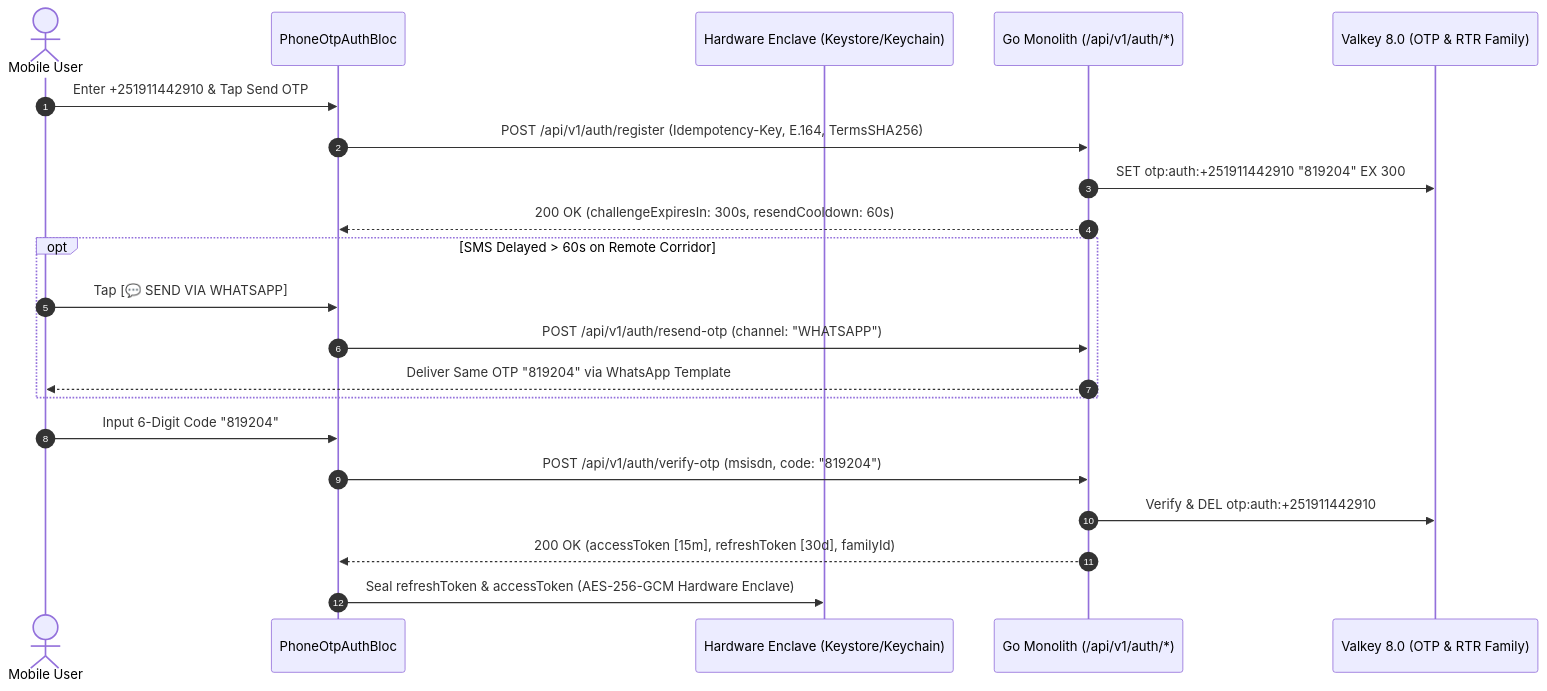
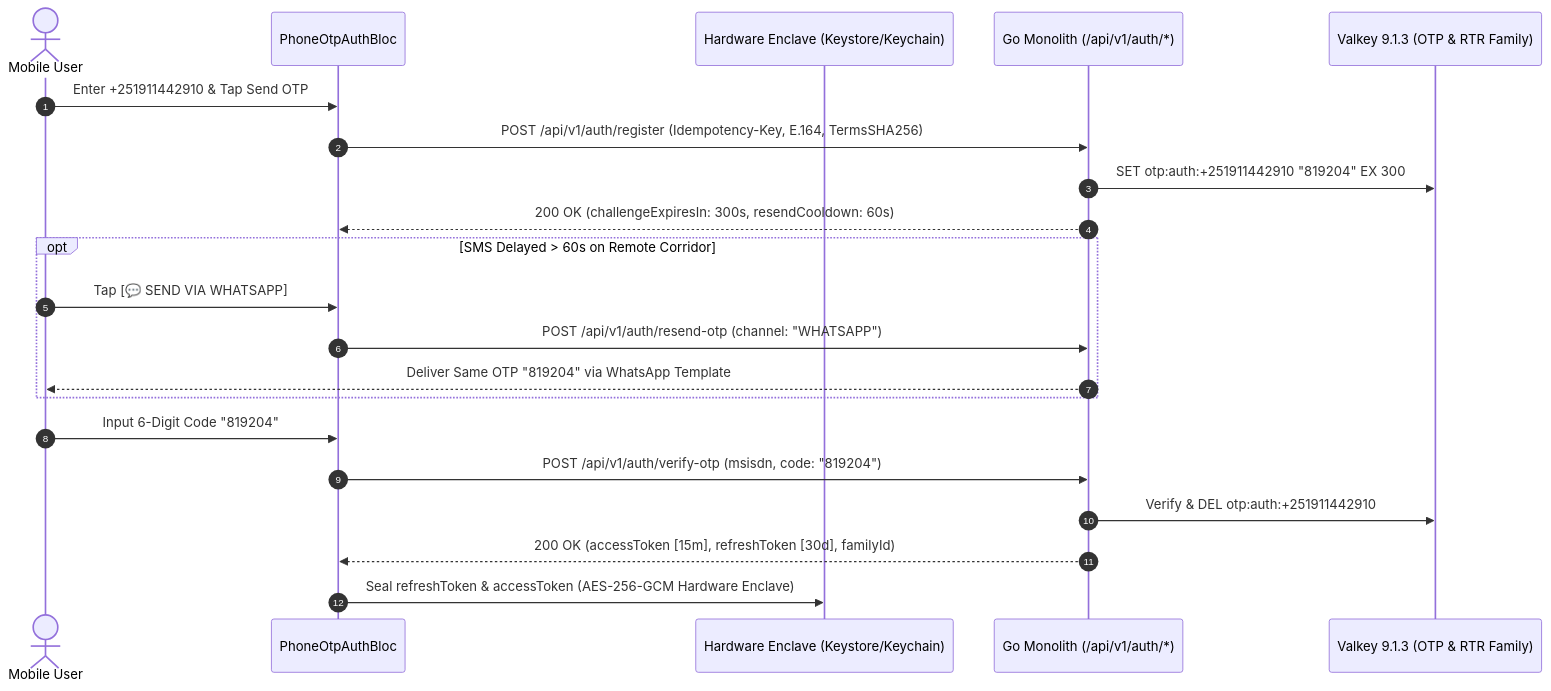
One commit to YDink/Heavy-Machinery-Logistics-Rental changed the diagram in docs/mobile/auth-kyc/02-passwordless-phone-otp.md. Above: the diagram before and after it, drawn with Mermaid. The commit also changed other lines of this file and 212 other files, not shown here.

````diff
--- a/docs/mobile/auth-kyc/02-passwordless-phone-otp.md
+++ b/docs/mobile/auth-kyc/02-passwordless-phone-otp.md
@@ -94,24 +94,24 @@
 ```mermaid
 sequenceDiagram
     autonumber
     actor User as Mobile User
     participant Bloc as PhoneOtpAuthBloc
     participant Keystore as Hardware Enclave (Keystore/Keychain)
     participant API as Go Monolith (/api/v1/auth/*)
-    participant Valkey as Valkey 8.0 (OTP & RTR Family)
+    participant Valkey as Valkey 9.1.3 (OTP & RTR Family)
 
     User->>Bloc: Enter +251911442910 & Tap Send OTP
     Bloc->>API: POST /api/v1/auth/register (Idempotency-Key, E.164, TermsSHA256)
     API->>Valkey: SET otp:auth:+251911442910 "819204" EX 300
     API-->>Bloc: 200 OK (challengeExpiresIn: 300s, resendCooldown: 60s)
     opt SMS Delayed > 60s on Remote Corridor
         User->>Bloc: Tap [💬 SEND VIA WHATSAPP]
         Bloc->>API: POST /api/v1/auth/resend-otp (channel: "WHATSAPP")
         API-->>User: Deliver Same OTP "819204" via WhatsApp Template
     end
     User->>Bloc: Input 6-Digit Code "819204"
     Bloc->>API: POST /api/v1/auth/verify-otp (msisdn, code: "819204")
     API->>Valkey: Verify & DEL otp:auth:+251911442910
     API-->>Bloc: 200 OK (accessToken [15m], refreshToken [30d], familyId)
     Bloc->>Keystore: Seal refreshToken & accessToken (AES-256-GCM Hardware Enclave)
 ```
````
